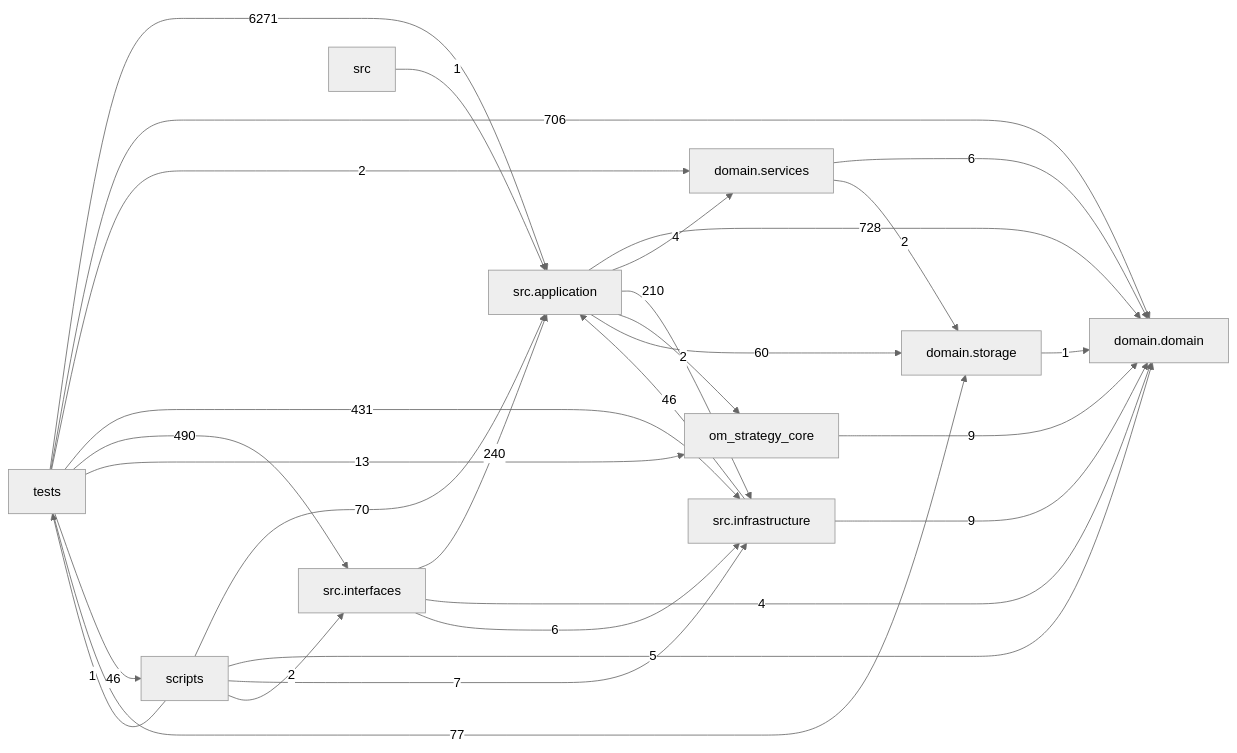
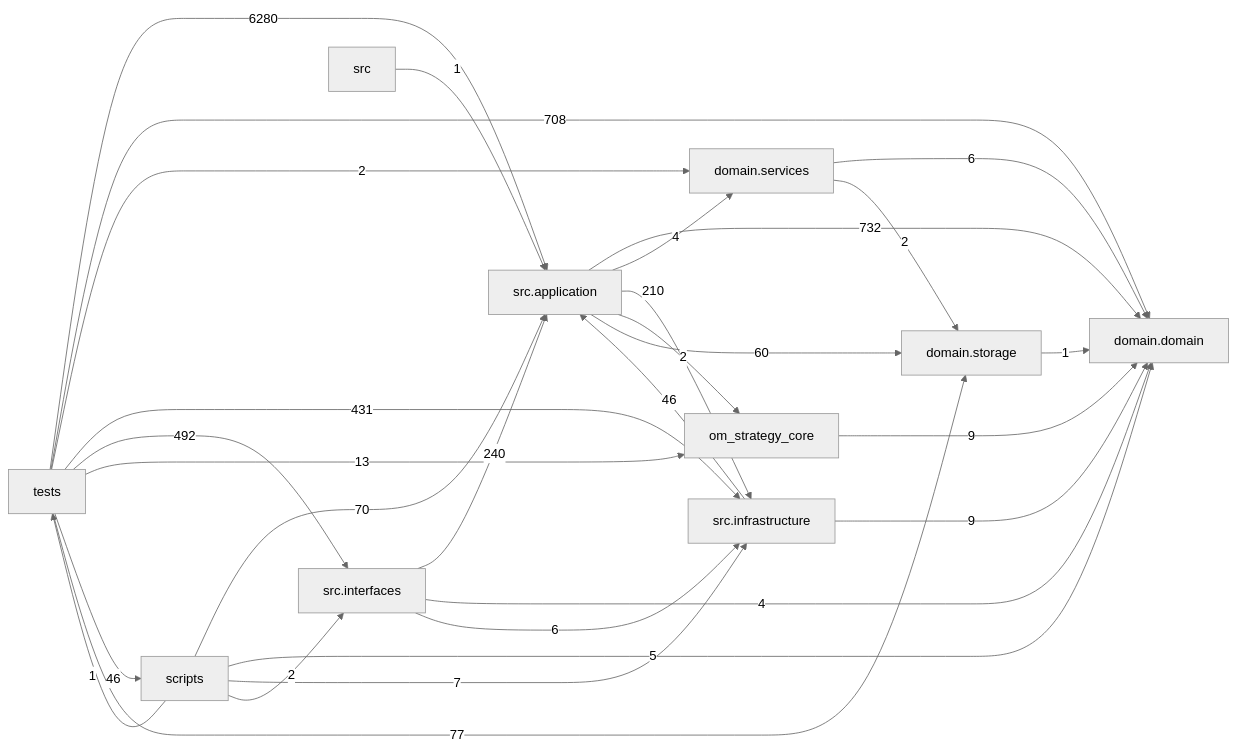
One commit to liuxie066/options-monitor changed the diagram in docs/DEPENDENCY_GRAPH.md. Above: the diagram before and after it, drawn with Mermaid (neutral theme). The commit also changed other lines of this file and 16 other files, not shown here.

````diff
--- a/docs/DEPENDENCY_GRAPH.md
+++ b/docs/DEPENDENCY_GRAPH.md
@@ -24,39 +24,39 @@
 ```mermaid
 flowchart LR
   tests["tests"]
   scripts["scripts"]
   interfaces["src.interfaces"]
   application["src.application"]
   infrastructure["src.infrastructure"]
   domain_services["domain.services"]
   domain["domain.domain"]
   storage["domain.storage"]
-  application -->|728| domain
+  application -->|732| domain
   application -->|4| domain_services
   application -->|210| infrastructure
   application -->|2| om_strategy_core
   application -->|60| storage
   domain_services -->|6| domain
   domain_services -->|2| storage
   infrastructure -->|46| application
   infrastructure -->|9| domain
   interfaces -->|240| application
   interfaces -->|4| domain
   interfaces -->|6| infrastructure
   om_strategy_core -->|9| domain
   scripts -->|70| application
   scripts -->|5| domain
   scripts -->|7| infrastructure
   scripts -->|2| interfaces
   scripts -->|1| tests
   src -->|1| application
   storage -->|1| domain
-  tests -->|6271| application
-  tests -->|706| domain
+  tests -->|6280| application
+  tests -->|708| domain
   tests -->|2| domain_services
   tests -->|431| infrastructure
-  tests -->|490| interfaces
+  tests -->|492| interfaces
   tests -->|13| om_strategy_core
   tests -->|46| scripts
   tests -->|77| storage
 ```
````
